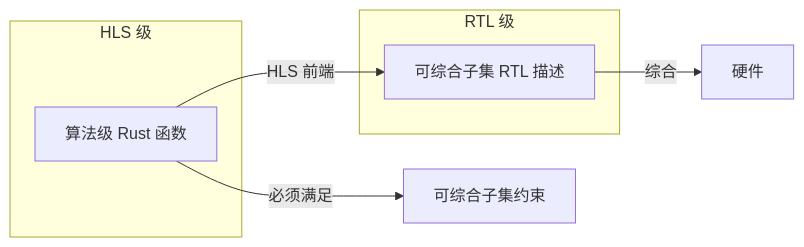
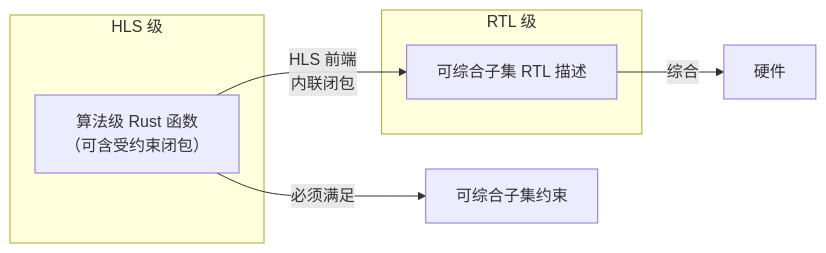
The eighth of 10 diagrams in docs/requirements/15. 可综合子集与限制.md (TangCan/bitloom), drawn with Mermaid before and after one commit. The commit also changed other lines of this file and 17 other files, not shown here.

````diff
--- a/docs/requirements/15. 可综合子集与限制.md
+++ b/docs/requirements/15. 可综合子集与限制.md
@@ -263,13 +308,12 @@
 ```mermaid
 flowchart LR
     subgraph RTL 级
         A[可综合子集 RTL 描述]
     end
     subgraph HLS 级
-        B[算法级 Rust 函数]
+        B[算法级 Rust 函数<br>（可含受约束闭包）]
     end
-    B -->|HLS 前端| A
+    B -->|HLS 前端<br>内联闭包| A
     A -->|综合| C[硬件]
     B -->|必须满足| D[可综合子集约束]
-
 ```
````
